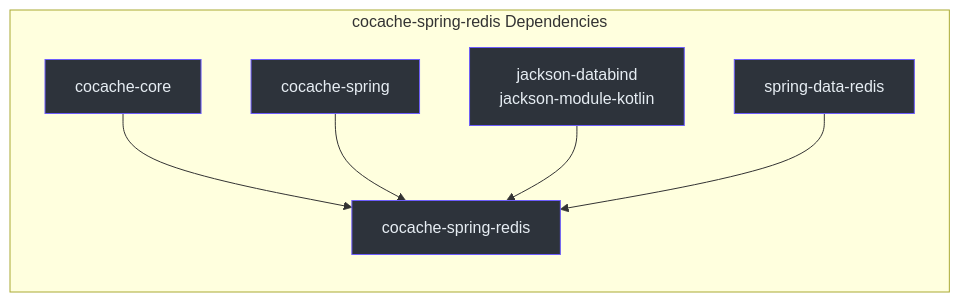
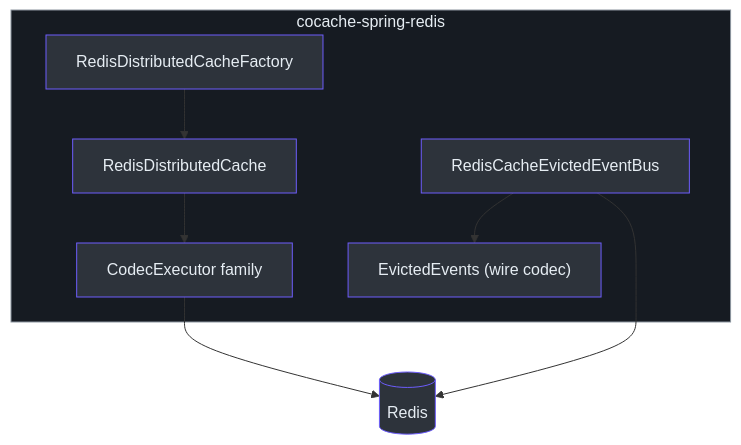
The first of 3 diagrams in wiki/modules/cocache-spring-redis.md (Ahoo-Wang/CoCache), drawn with Mermaid before and after one commit. The commit also changed other lines of this file and 256 other files, not shown here.

First line of the commit message:
refactor!: rebuild coherence core for 5.0 (bounded staleness, explicit negative cache) (#575)

````diff
--- a/wiki/modules/cocache-spring-redis.md
+++ b/wiki/modules/cocache-spring-redis.md
@@ -12,26 +10,23 @@
 ```mermaid
-graph LR
-    subgraph sg_47 ["cocache-spring-redis Dependencies"]
+graph TB
+    subgraph redis_mod ["cocache-spring-redis"]
+        RDC["RedisDistributedCache"]
+        RDCF["RedisDistributedCacheFactory"]
+        CE["CodecExecutor family"]
+        Bus["RedisCacheEvictedEventBus"]
+        EE["EvictedEvents (wire codec)"]
+    end
+    RDCF --> RDC
+    RDC --> CE
+    Bus --> EE
+    CE --> R[("Redis")]
+    Bus --> R
 
-        core["cocache-core"]
-        style core fill:#2d333b,stroke:#6d5dfc,color:#e6edf3
-
-        spring["cocache-spring"]
-        style spring fill:#2d333b,stroke:#6d5dfc,color:#e6edf3
-
-        redis["cocache-spring-redis"]
-        style redis fill:#2d333b,stroke:#6d5dfc,color:#e6edf3
-
-        jackson["jackson-databind<br>jackson-module-kotlin"]
-        style jackson fill:#2d333b,stroke:#6d5dfc,color:#e6edf3
-
-        sdr["spring-data-redis"]
-        style sdr fill:#2d333b,stroke:#6d5dfc,color:#e6edf3
-
-        core --> redis
-        spring --> redis
-        jackson --> redis
-        sdr --> redis
-    end
-
+    style RDC fill:#2d333b,stroke:#6d5dfc,color:#e6edf3
+    style RDCF fill:#2d333b,stroke:#6d5dfc,color:#e6edf3
+    style CE fill:#2d333b,stroke:#6d5dfc,color:#e6edf3
+    style Bus fill:#2d333b,stroke:#6d5dfc,color:#e6edf3
+    style EE fill:#2d333b,stroke:#6d5dfc,color:#e6edf3
+    style R fill:#2d333b,stroke:#6d5dfc,color:#e6edf3
+    style redis_mod fill:#161b22,stroke:#8b949e,color:#e6edf3
 ```
````
